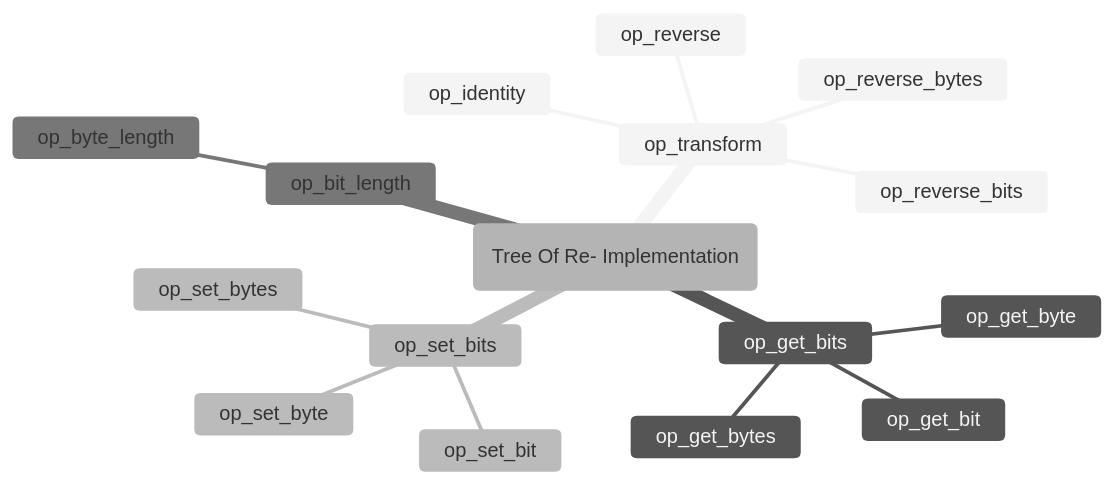
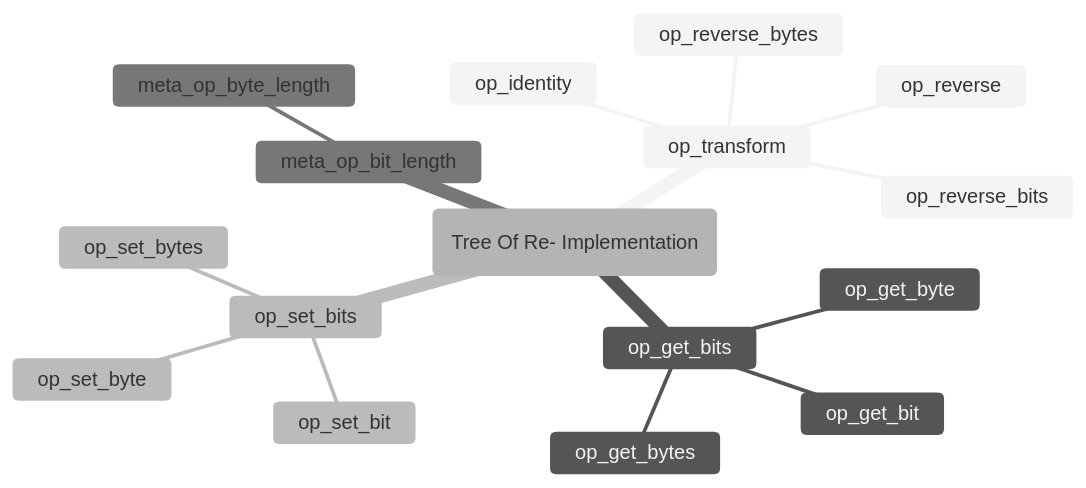
Before and after one commit to Pebaz/tidbytes: diagram 11 of 11 in README.md, drawn with Mermaid (neutral theme). The commit also changed other lines of this file and 4 other files, not shown here.

Commit message:
Clarify that bit length is metadata

````diff
--- a/README.md
+++ b/README.md
@@ -178,22 +178,22 @@
 ```mermaid
 mindmap
     root("
         Tree Of Re-
         Implementation
     ")
         op_transform
             op_identity
             op_reverse
             op_reverse_bytes
             op_reverse_bits
         op_get_bits
             op_get_bit
             op_get_byte
             op_get_bytes
         op_set_bits
             op_set_bit
             op_set_byte
             op_set_bytes
-        op_bit_length
-            op_byte_length
+        meta_op_bit_length
+            meta_op_byte_length
 ```
````
